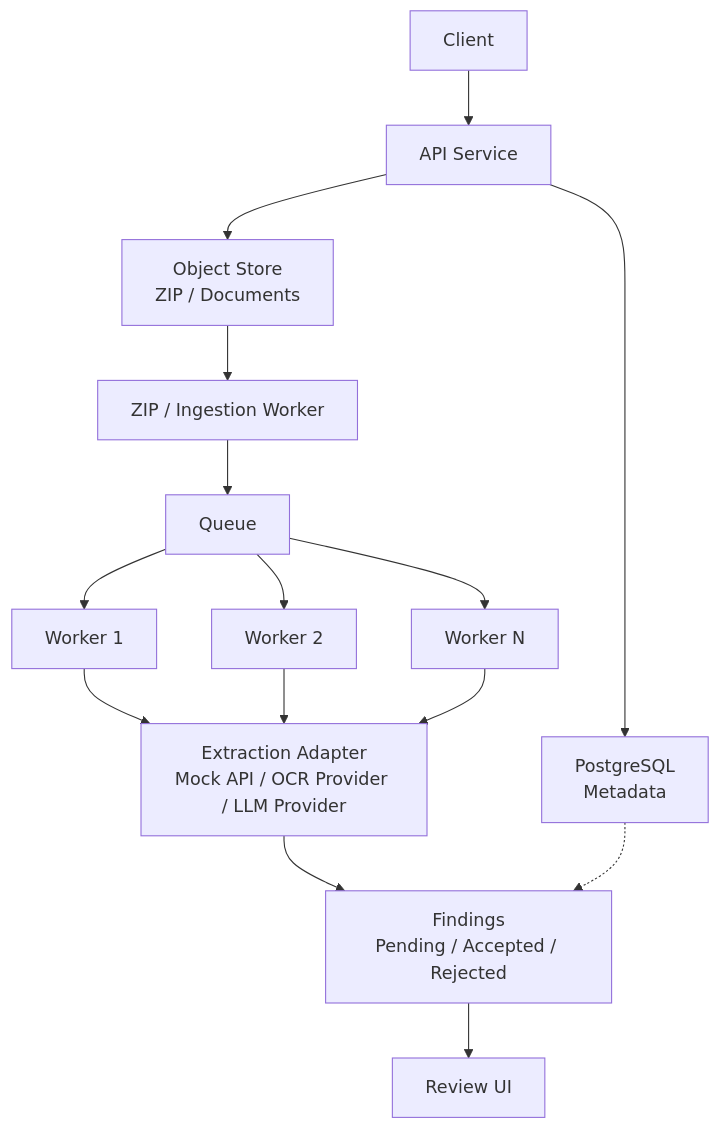
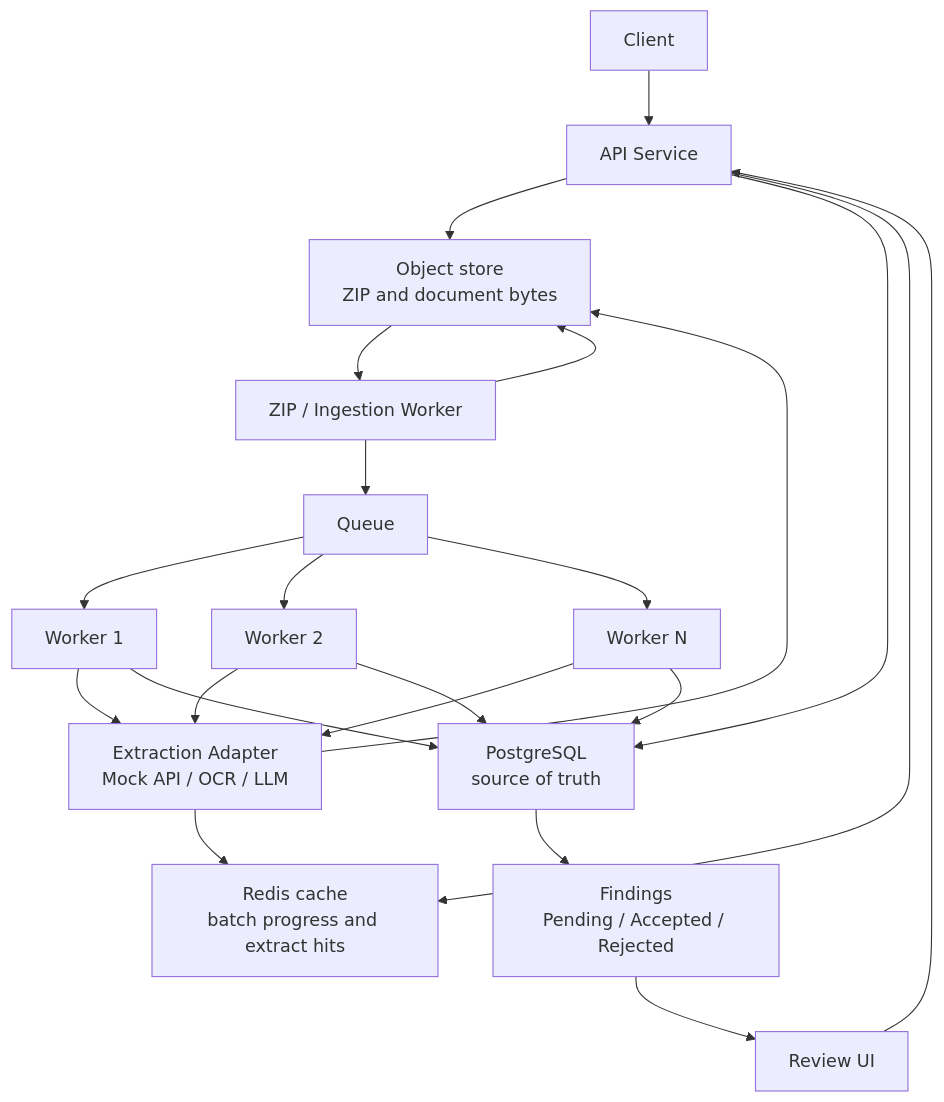
Before and after one commit to Neel125/leegality-app: the first of 2 diagrams in docs/FUTURE_SCOPE.md, drawn with Mermaid. The commit also changed other lines of this file, not shown here.

````diff
--- a/docs/FUTURE_SCOPE.md
+++ b/docs/FUTURE_SCOPE.md
@@ -25,17 +40,24 @@
 ```mermaid
 flowchart TD
   Client[Client] --> API[API Service]
-  API --> OBJ["Object Store\nZIP / Documents"]
-  API --> PG["PostgreSQL\nMetadata"]
+  Review[Review UI] --> API
+  API --> OBJ["Object store\nZIP and document bytes"]
+  API --> PG["PostgreSQL\nsource of truth"]
+  API --> Redis["Redis cache\nbatch progress and extract hits"]
   OBJ --> Ingest[ZIP / Ingestion Worker]
+  Ingest --> OBJ
   Ingest --> Q[Queue]
   Q --> W1[Worker 1]
   Q --> W2[Worker 2]
   Q --> WN[Worker N]
-  W1 --> Adapter["Extraction Adapter\nMock API / OCR Provider / LLM Provider"]
+  W1 --> Adapter["Extraction Adapter\nMock API / OCR / LLM"]
   W2 --> Adapter
   WN --> Adapter
-  Adapter --> Findings["Findings\nPending / Accepted / Rejected"]
-  PG -.-> Findings
-  Findings --> Review[Review UI]
+  Adapter --> OBJ
+  Adapter --> Redis
+  W1 --> PG
+  W2 --> PG
+  WN --> PG
+  PG --> Findings["Findings\nPending / Accepted / Rejected"]
+  Findings --> Review
 ```
````
